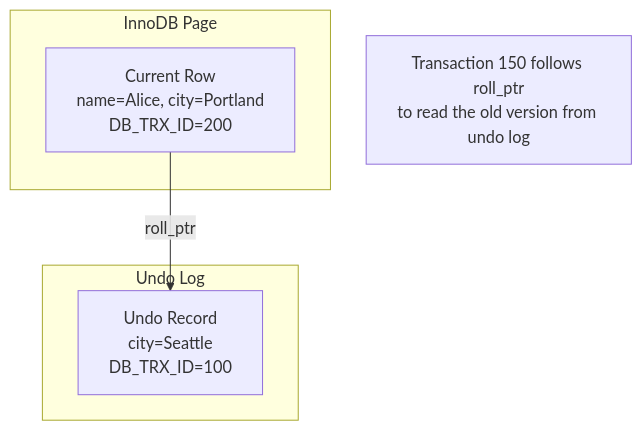
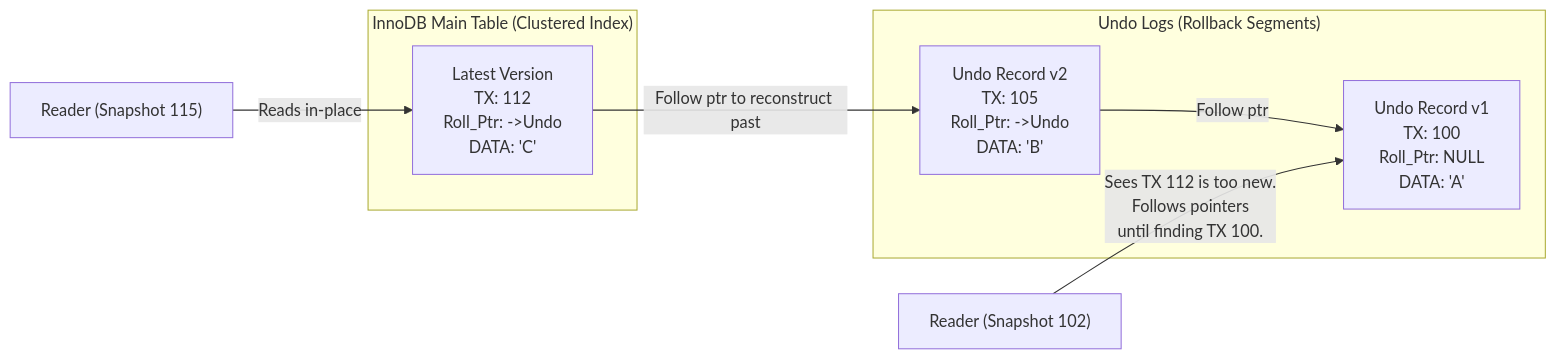
The second of 4 diagrams in PrincipleDataArchitect/02_Database_Systems/02_Transactions_and_Consistency/01_MVCC_Internals/02_How_It_Works.md (sivanagaraju/sparkantrigravity), drawn with Mermaid before and after one commit. The commit also changed other lines of this file and 127 other files, not shown here.

````diff
--- a/PrincipleDataArchitect/02_Database_Systems/02_Transactions_and_Consistency/01_MVCC_Internals/02_How_It_Works.md
+++ b/PrincipleDataArchitect/02_Database_Systems/02_Transactions_and_Consistency/01_MVCC_Internals/02_How_It_Works.md
@@ -69,14 +58,17 @@
 ```mermaid
-flowchart TB
-    subgraph "InnoDB Page"
-        CR["Current Row<br/>name=Alice, city=Portland<br/>DB_TRX_ID=200"]
+flowchart LR
+    subgraph "InnoDB Main Table (Clustered Index)"
+        L["Latest Version<br/>TX: 112<br/>Roll_Ptr: ->Undo<br/>DATA: 'C'"]
     end
     
-    subgraph "Undo Log"
-        U1["Undo Record<br/>city=Seattle<br/>DB_TRX_ID=100"]
+    subgraph "Undo Logs (Rollback Segments)"
+        U1["Undo Record v2<br/>TX: 105<br/>Roll_Ptr: ->Undo<br/>DATA: 'B'"]
+        U2["Undo Record v1<br/>TX: 100<br/>Roll_Ptr: NULL<br/>DATA: 'A'"]
     end
     
-    CR -->|"roll_ptr"| U1
+    L -->|"Follow ptr to reconstruct past"| U1
+    U1 -->|"Follow ptr"| U2
     
-    Note["Transaction 150 follows roll_ptr<br/>to read the old version from undo log"]
+    R1["Reader (Snapshot 102)"] -->|"Sees TX 112 is too new.<br/>Follows pointers<br/>until finding TX 100."| U2
+    R2["Reader (Snapshot 115)"] -->|"Reads in-place"| L
 ```
````
